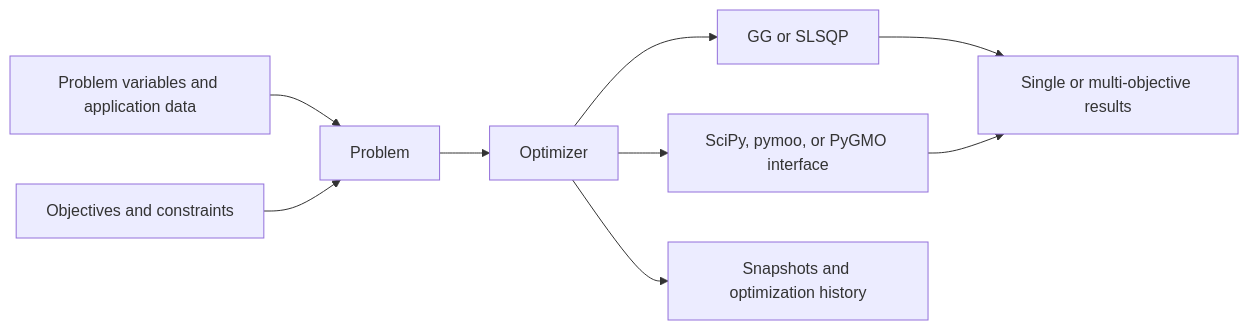
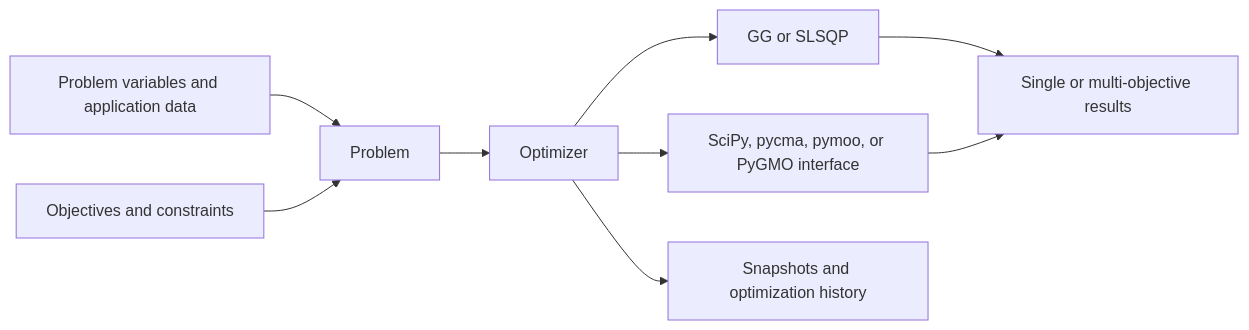
One commit to FraunhoferIWES/iwopy changed the diagram in docs/architecture.md. Above: the diagram before and after it, drawn with Mermaid. The commit also changed other lines of this file and 16 other files, not shown here.

Commit message:
new interface: pycma

````diff
--- a/docs/architecture.md
+++ b/docs/architecture.md
@@ -40,11 +40,11 @@
 ```mermaid
 flowchart LR
     Caller[Problem variables and application data] --> Problem
     Functions[Objectives and constraints] --> Problem
     Problem --> Optimizer
     Optimizer --> Native[GG or SLSQP]
-    Optimizer --> Interfaces[SciPy, pymoo, or PyGMO interface]
+	Optimizer --> Interfaces[SciPy, pycma, pymoo, or PyGMO interface]
     Native --> Results[Single or multi-objective results]
     Interfaces --> Results
     Optimizer --> Callbacks[Snapshots and optimization history]
 ```
````
